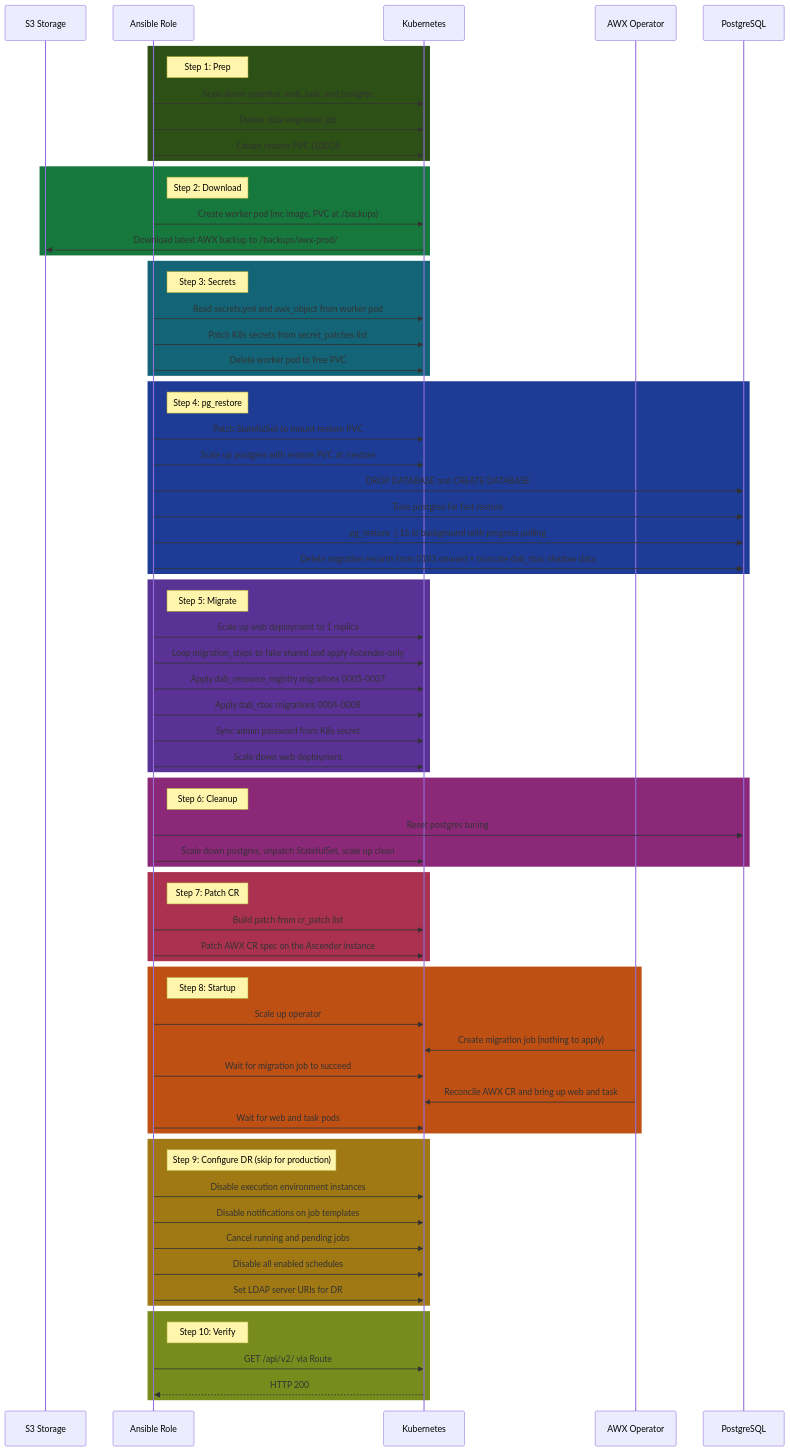
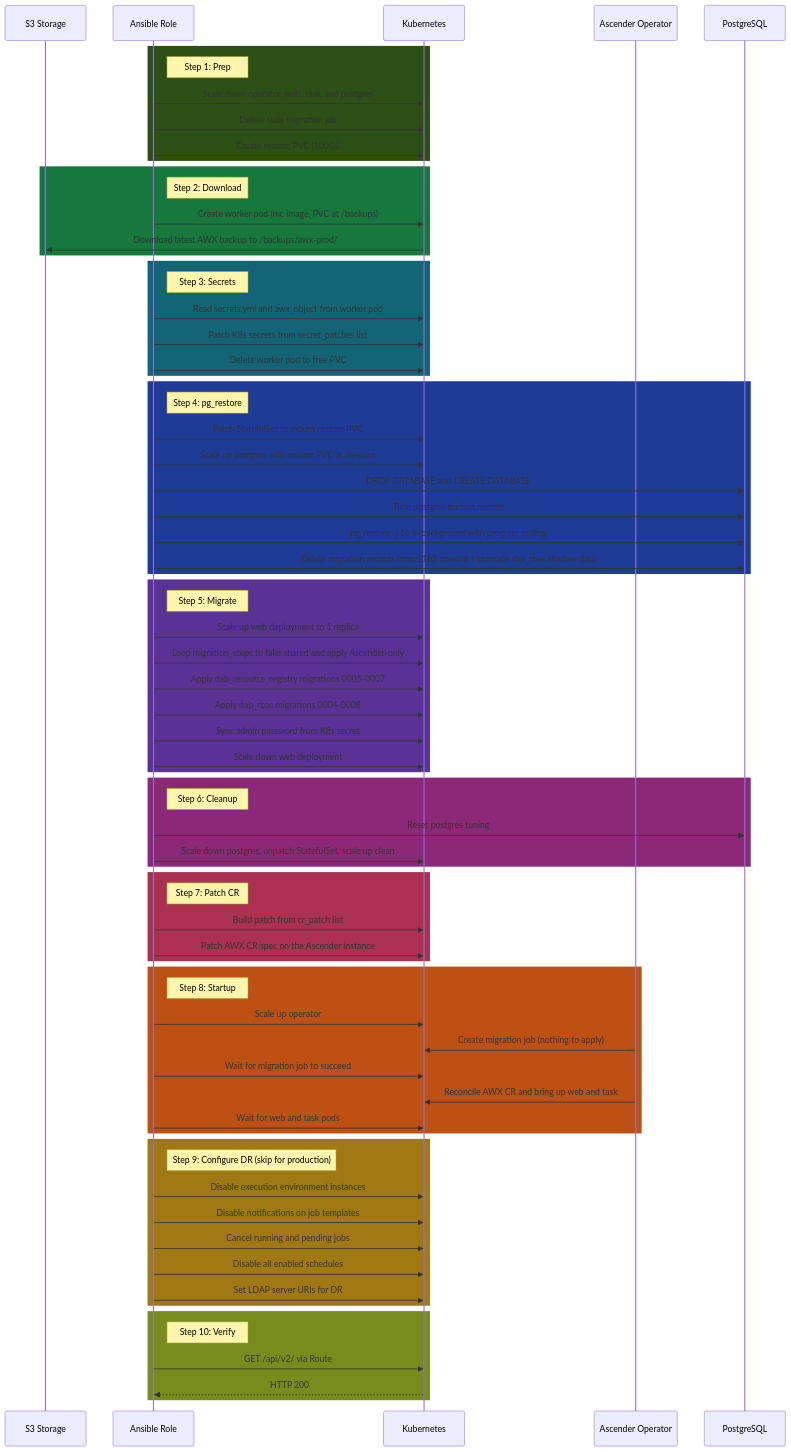
One commit to ctrliq/ascender-install changed the diagram in playbooks/roles/awx_migrate_ascender/README.md. Above: the diagram before and after it, drawn with Mermaid. The commit also changed other lines of this file and 29 other files, not shown here.

First line of the commit message:
docs: call the operator by its Ascender name in the prose (#245)

```diff
--- a/playbooks/roles/awx_migrate_ascender/README.md
+++ b/playbooks/roles/awx_migrate_ascender/README.md
@@ -336,7 +336,7 @@
     participant S3 as S3 Storage
     participant A as Ansible Role
     participant K as Kubernetes
-    participant O as AWX Operator
+    participant O as Ascender Operator
     participant P as PostgreSQL
 
     rect rgb(45, 80, 22)
```
